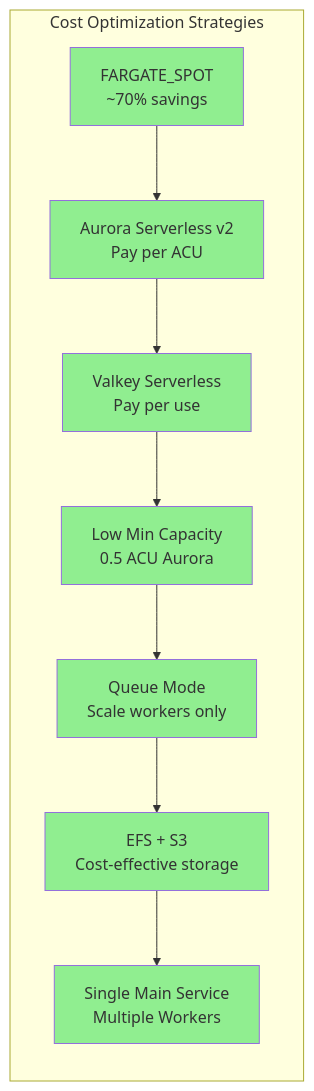
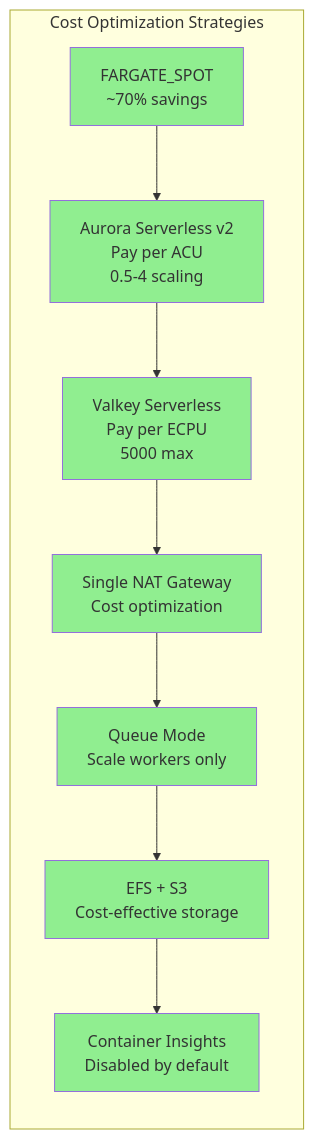
The fifth of 6 diagrams in aws-architecture-diagrams.md (KennethWKZ/terraform-aws-n8n), drawn with Mermaid before and after one commit. The commit also changed other lines of this file and 14 other files, not shown here.

First line of the commit message:
refactor(architecture): replace python diagrams with AWS MCP

````diff
--- a/aws-architecture-diagrams.md
+++ b/aws-architecture-diagrams.md
@@ -405,19 +530,19 @@
 ```mermaid
 graph LR
     subgraph "Cost Optimization Strategies"
-        A[FARGATE_SPOT<br/>~70% savings] --> B[Aurora Serverless v2<br/>Pay per ACU]
-        B --> C[Valkey Serverless<br/>Pay per use]
-        C --> D[Low Min Capacity<br/>0.5 ACU Aurora]
+        A[FARGATE_SPOT<br/>~70% savings] --> B[Aurora Serverless v2<br/>Pay per ACU<br/>0.5-4 scaling]
+        B --> C[Valkey Serverless<br/>Pay per ECPU<br/>5000 max]
+        C --> D[Single NAT Gateway<br/>Cost optimization]
         D --> E[Queue Mode<br/>Scale workers only]
         E --> F[EFS + S3<br/>Cost-effective storage]
-        F --> G[Single Main Service<br/>Multiple Workers]
+        F --> G[Container Insights<br/>Disabled by default]
     end
 
     style A fill:#90EE90
     style B fill:#90EE90
     style C fill:#90EE90
     style D fill:#90EE90
     style E fill:#90EE90
     style F fill:#90EE90
     style G fill:#90EE90
 ```
````
